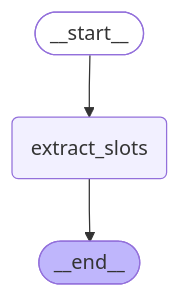
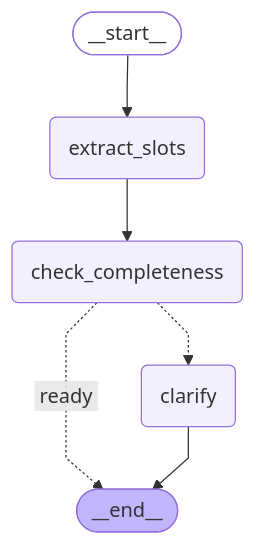
Before and after one commit to ChenSir-sudo/ai-trip-pilot: the diagram in docs/graph.md, drawn with Mermaid. The commit also changed other lines of this file and 7 other files, not shown here.

First line of the commit message:
feat(graph): add completeness check and first conditional edge

````diff
--- a/docs/graph.md
+++ b/docs/graph.md
@@ -17,16 +17,21 @@
 ```mermaid
 ---
 config:
   flowchart:
     curve: linear
 ---
 graph TD;
 	__start__([<p>__start__</p>]):::first
 	extract_slots(extract_slots)
+	check_completeness(check_completeness)
+	clarify(clarify)
 	__end__([<p>__end__</p>]):::last
 	__start__ --> extract_slots;
-	extract_slots --> __end__;
+	check_completeness -. &nbsp;ready&nbsp; .-> __end__;
+	check_completeness -.-> clarify;
+	extract_slots --> check_completeness;
+	clarify --> __end__;
 	classDef default fill:#f2f0ff,line-height:1.2
 	classDef first fill-opacity:0
 	classDef last fill:#bfb6fc
 ```
````
